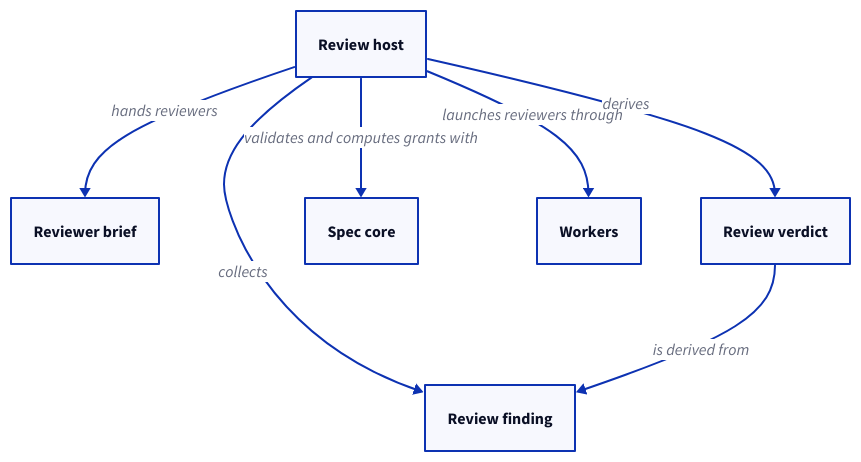
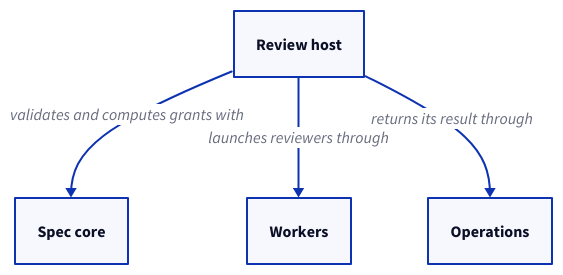
Before and after one commit to FTOD/concorde: the second of 2 diagrams in specs/concorde/spec-tooling/spec-review/module.md, drawn with D2. The commit also changed other lines of this file and 21 other files, not shown here.

First line of the commit message:
Rewrite every Module entry with diagrams and an implementation overview

````diff
--- a/specs/concorde/spec-tooling/spec-review/module.md
+++ b/specs/concorde/spec-tooling/spec-review/module.md
@@ -123,14 +116,9 @@
 ```d2
 host: Review host
-brief: Reviewer brief
-finding: Review finding
-verdict: Review verdict
 core: Spec core
 workers: Workers
+operations: Operations
 host -> core: validates and computes grants with
 host -> workers: launches reviewers through
-host -> brief: hands reviewers
-host -> finding: collects
-host -> verdict: derives
-verdict -> finding: is derived from
+host -> operations: returns its result through
 ```
````
